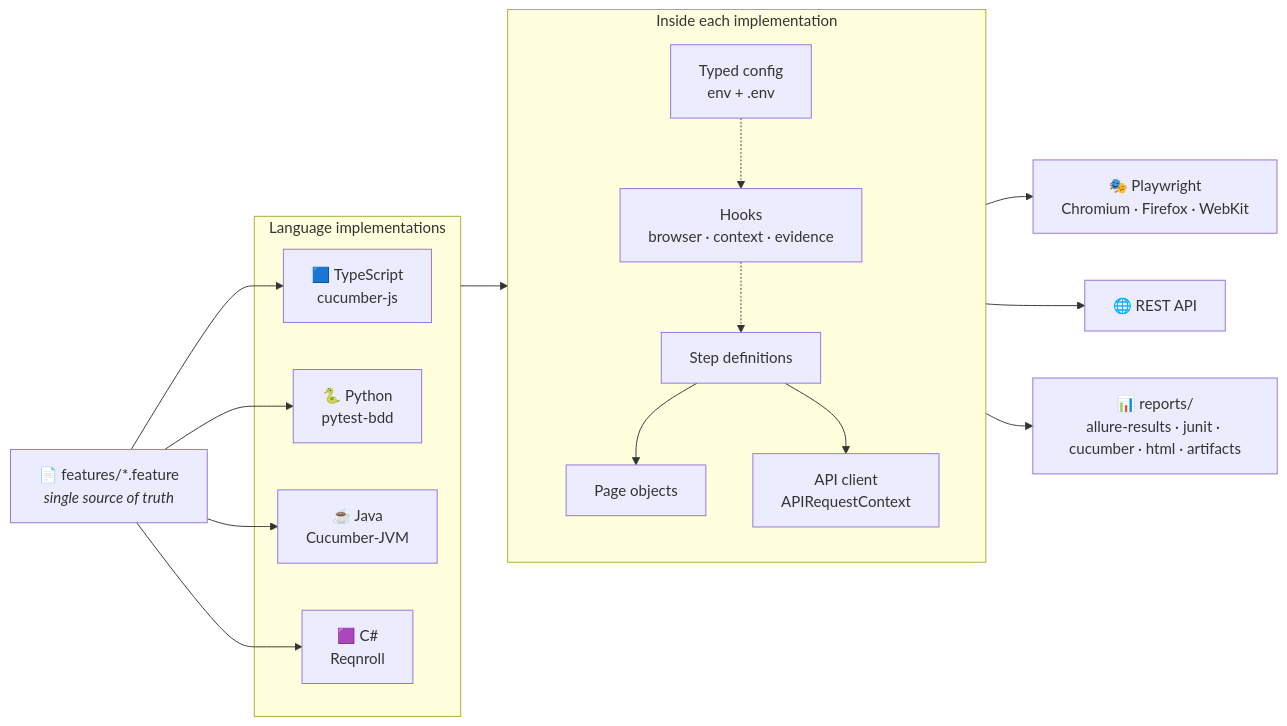
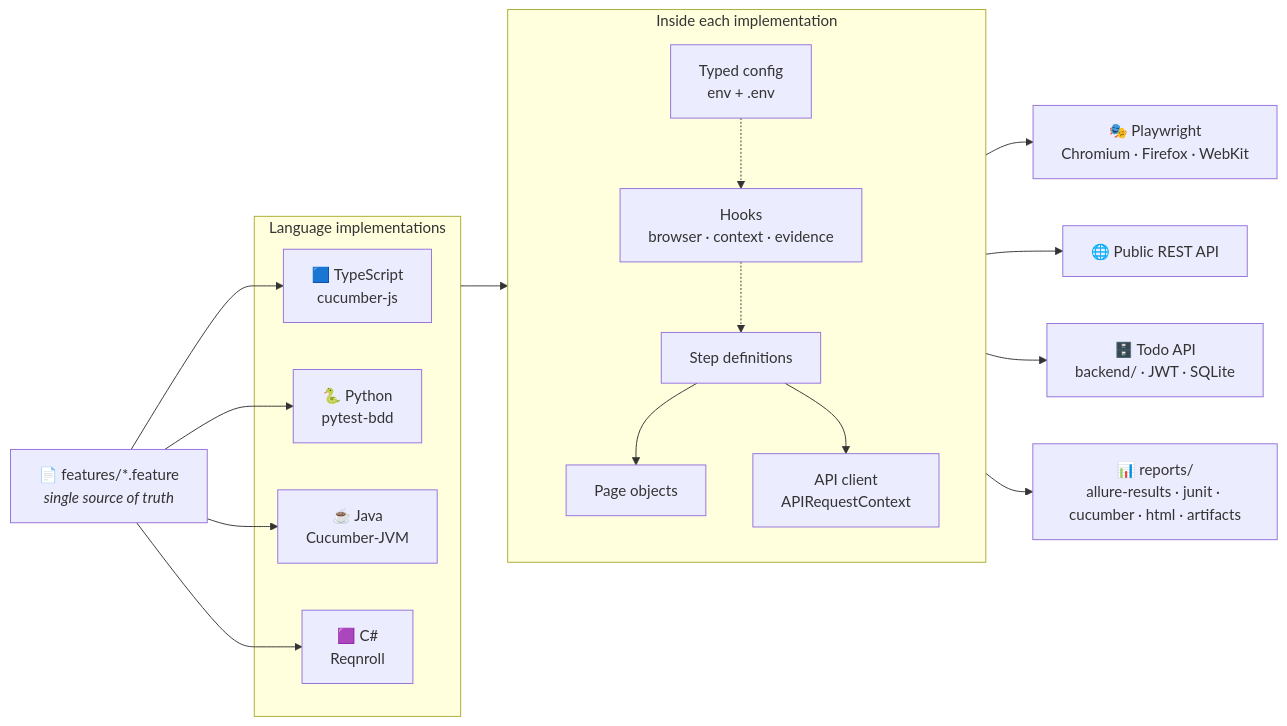
One commit to omarva/auto-playwright changed the first of 2 diagrams in README.md. Above: the diagram before and after it, drawn with Mermaid. The commit also changed other lines of this file, not shown here.

Commit message:
docs: document API, contract and back-end testing in the README

````diff
--- a/README.md
+++ b/README.md
@@ -187,25 +189,26 @@
 ```mermaid
 flowchart LR
     F["📄 features/*.feature<br/><i>single source of truth</i>"]
 
     subgraph Runners["Language implementations"]
         TS["🟦 TypeScript<br/>cucumber-js"]
         PY["🐍 Python<br/>pytest-bdd"]
         JV["☕ Java<br/>Cucumber-JVM"]
         CS["🟪 C#<br/>Reqnroll"]
     end
 
     subgraph Layers["Inside each implementation"]
         direction TB
         S["Step definitions"] --> P["Page objects"]
         S --> A["API client<br/>APIRequestContext"]
         H["Hooks<br/>browser · context · evidence"] -.-> S
         C["Typed config<br/>env + .env"] -.-> H
     end
 
     F --> TS & PY & JV & CS
     Runners --> Layers
     P --> PW["🎭 Playwright<br/>Chromium · Firefox · WebKit"]
-    A --> API["🌐 REST API"]
+    A --> API["🌐 Public REST API"]
+    A --> BE["🗄️ Todo API<br/>backend/ · JWT · SQLite"]
     Layers --> R["📊 reports/<br/>allure-results · junit · cucumber · html · artifacts"]
 ```
````
